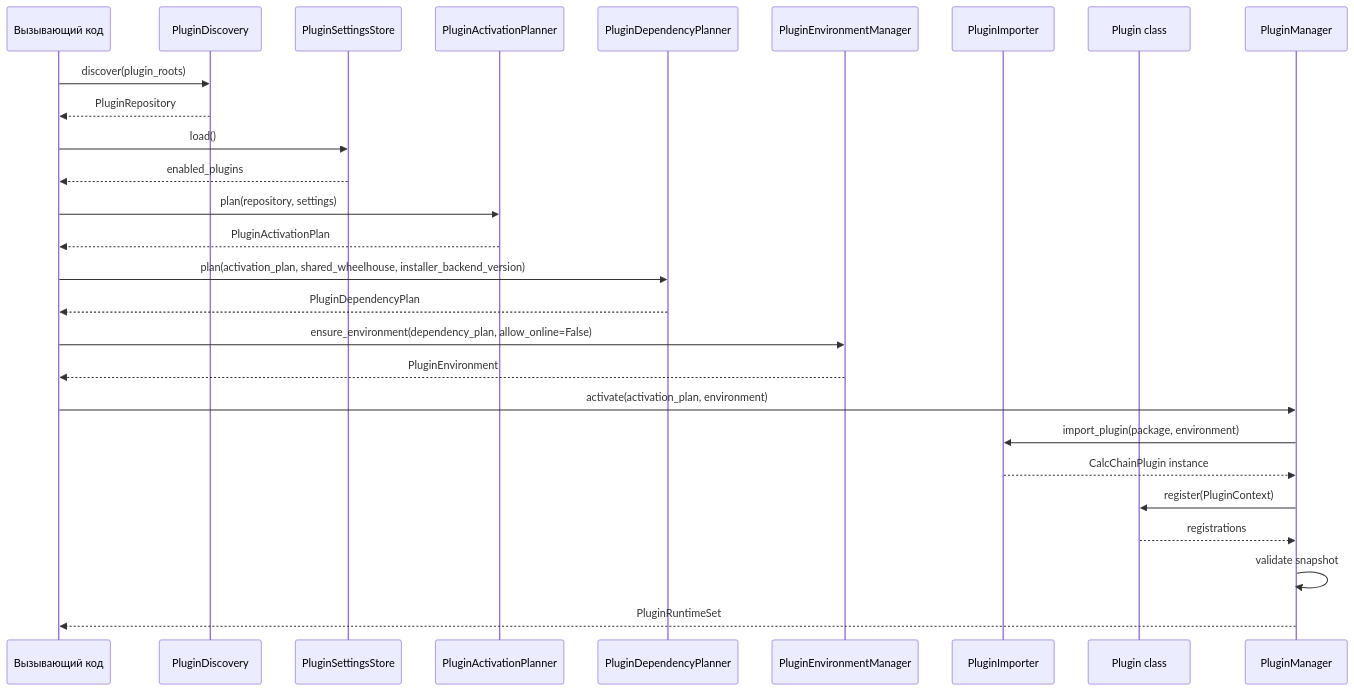
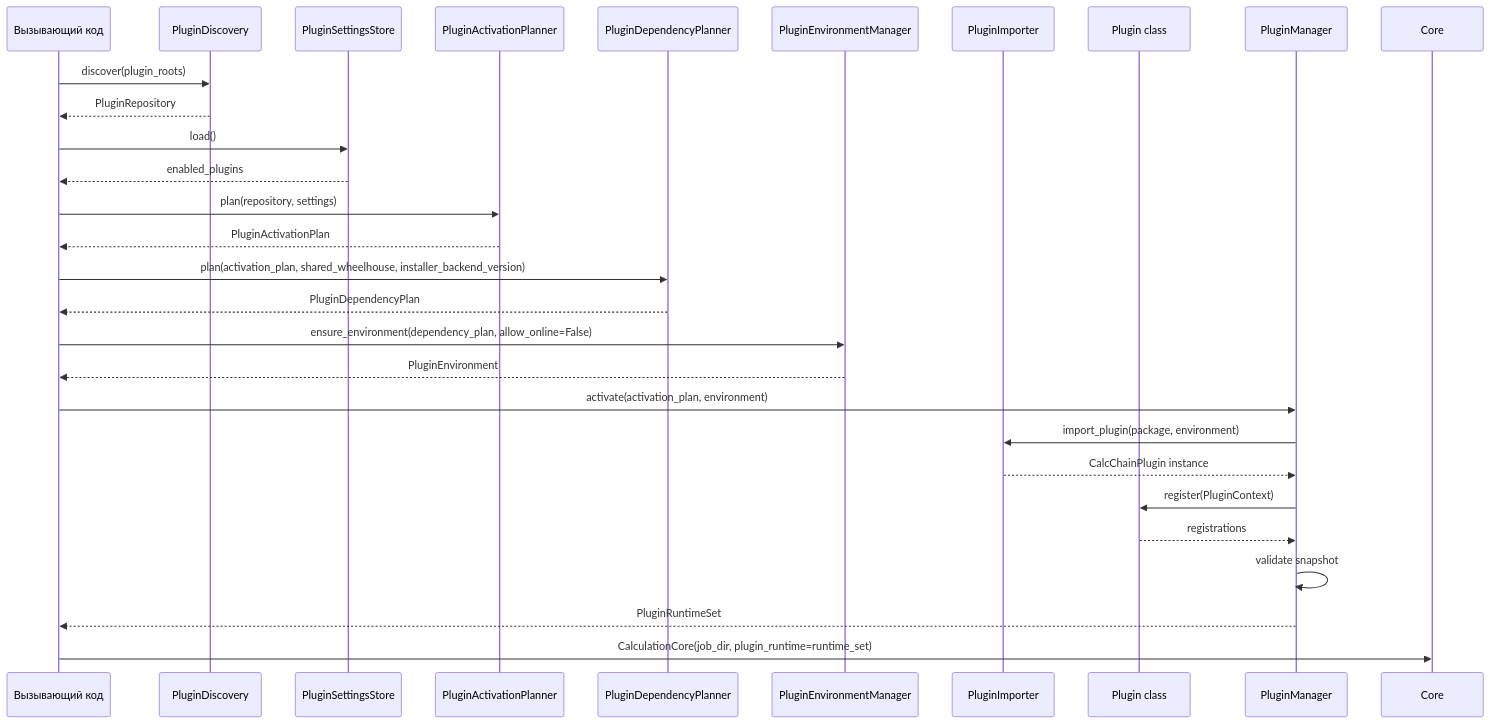
One commit to PabloPatin/CalcChain changed the second of 2 diagrams in doc/plugin_system_current.md. Above: the diagram before and after it, drawn with Mermaid. The commit also changed other lines of this file and 66 other files, not shown here.

````diff
--- a/doc/plugin_system_current.md
+++ b/doc/plugin_system_current.md
@@ -174,30 +191,31 @@
 ```mermaid
 sequenceDiagram
     participant Caller as Вызывающий код
     participant Discovery as PluginDiscovery
     participant Settings as PluginSettingsStore
     participant Planner as PluginActivationPlanner
     participant Deps as PluginDependencyPlanner
     participant Env as PluginEnvironmentManager
     participant Importer as PluginImporter
     participant Plugin as Plugin class
     participant Manager as PluginManager
 
     Caller->>Discovery: discover(plugin_roots)
     Discovery-->>Caller: PluginRepository
     Caller->>Settings: load()
     Settings-->>Caller: enabled_plugins
     Caller->>Planner: plan(repository, settings)
     Planner-->>Caller: PluginActivationPlan
     Caller->>Deps: plan(activation_plan, shared_wheelhouse, installer_backend_version)
     Deps-->>Caller: PluginDependencyPlan
     Caller->>Env: ensure_environment(dependency_plan, allow_online=False)
     Env-->>Caller: PluginEnvironment
     Caller->>Manager: activate(activation_plan, environment)
     Manager->>Importer: import_plugin(package, environment)
     Importer-->>Manager: CalcChainPlugin instance
     Manager->>Plugin: register(PluginContext)
     Plugin-->>Manager: registrations
     Manager->>Manager: validate snapshot
     Manager-->>Caller: PluginRuntimeSet
+    Caller->>Core: CalculationCore(job_dir, plugin_runtime=runtime_set)
 ```
````
